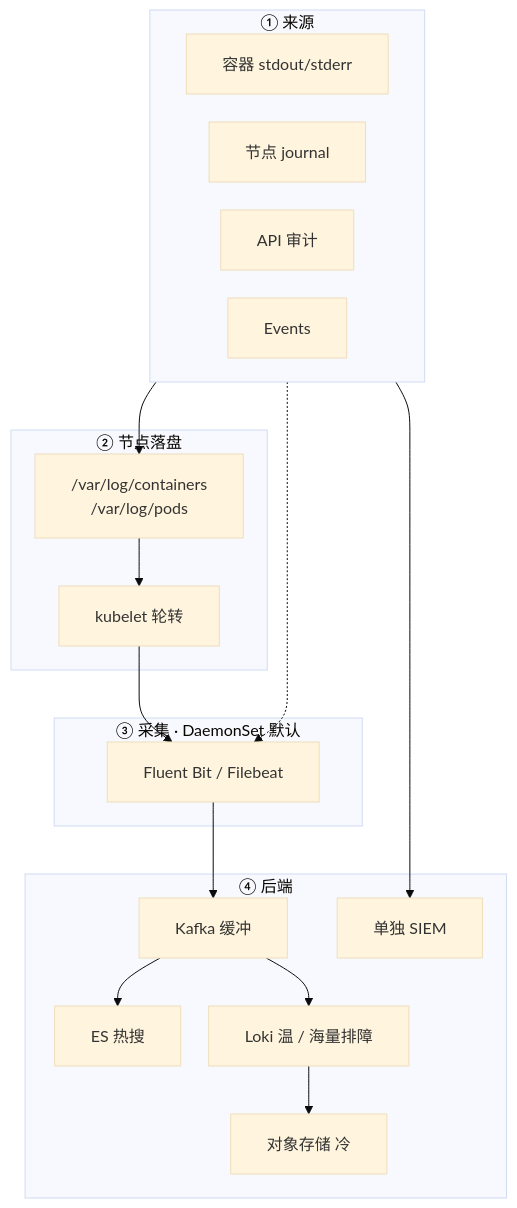
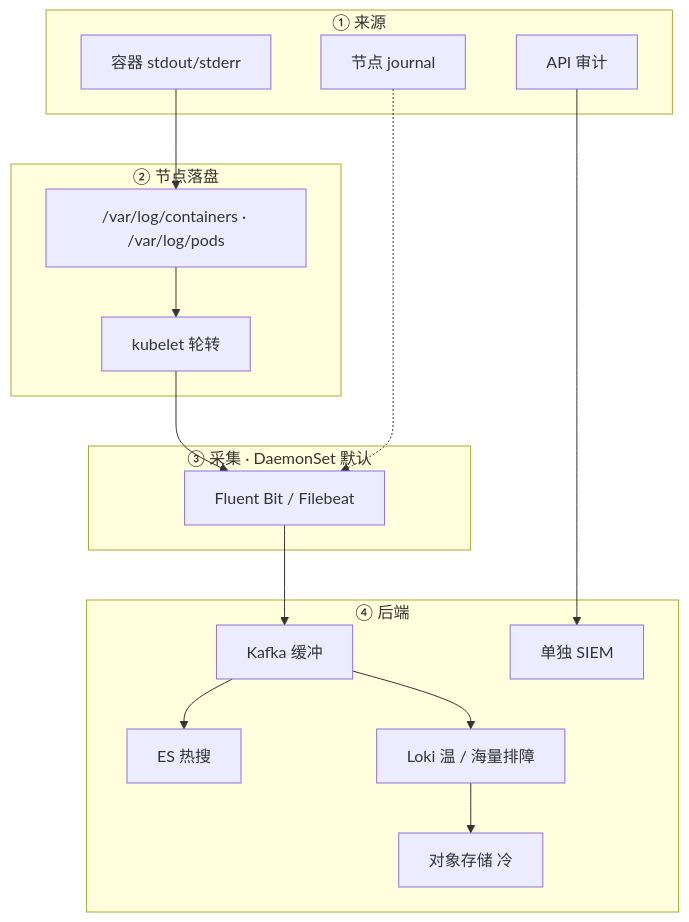
One commit to ml-cuizijun/LearnToLilith changed the second of 5 diagrams in 03-Kubernetes/20-日志管理/知识点.md. Above: the diagram before and after it, drawn with Mermaid. The commit also changed other lines of this file and 178 other files, not shown here.

````diff
--- a/03-Kubernetes/20-日志管理/知识点.md
+++ b/03-Kubernetes/20-日志管理/知识点.md
@@ -86,43 +124,29 @@
 ```mermaid
-%%{init: {"flowchart": {"padding": 18, "nodeSpacing": 28, "rankSpacing": 48}, "theme": "base"}}%%
 flowchart TB
     subgraph src ["① 来源"]
-        direction LR
         stdout[容器 stdout/stderr]
         journal[节点 journal]
         audit[API 审计]
-        ev[Events]
     end
-
     subgraph node ["② 节点落盘"]
-        files["/var/log/containers<br/>/var/log/pods"]
+        files["/var/log/containers · /var/log/pods"]
         rot[kubelet 轮转]
-        stdout --> files
-        files --> rot
+        stdout --> files --> rot
     end
-
     subgraph agent ["③ 采集 · DaemonSet 默认"]
         fb[Fluent Bit / Filebeat]
         rot --> fb
         journal -.-> fb
     end
-
     subgraph sink ["④ 后端"]
         kafka[Kafka 缓冲]
-        es["ES 热搜"]
-        loki["Loki 温 / 海量排障"]
+        es[ES 热搜]
+        loki[Loki 温 / 海量排障]
         oss[对象存储 冷]
         fb --> kafka
         kafka --> es
         kafka --> loki
         loki --> oss
         audit --> siem[单独 SIEM]
     end
-
-    class stdout,journal,audit,ev src
-    class files,rot node
-    class fb agent
-    class kafka,es hot
-    class loki,siem warm
-    class oss cold
 ```
````
